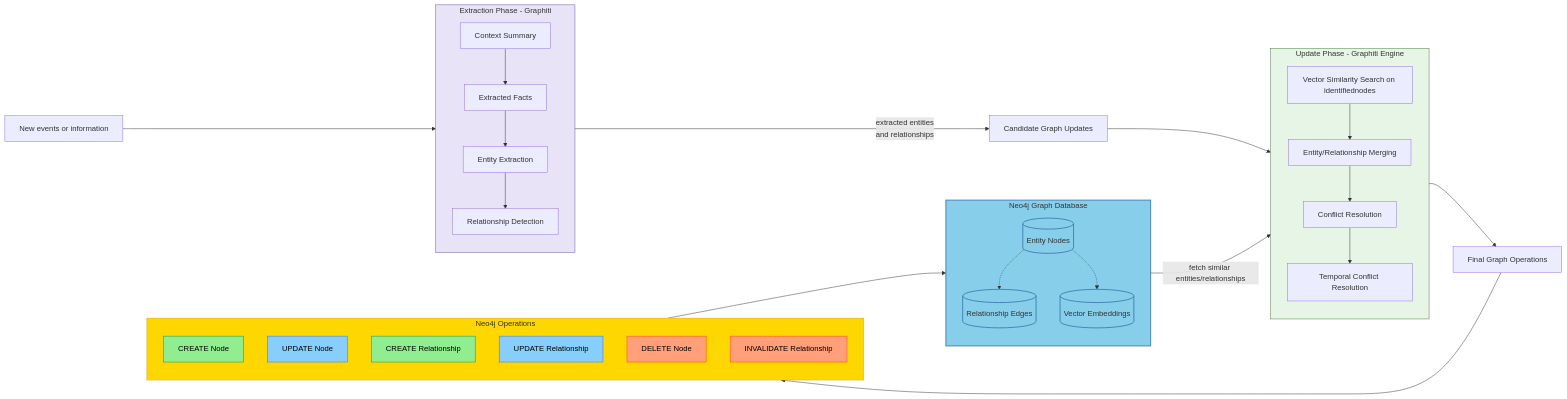
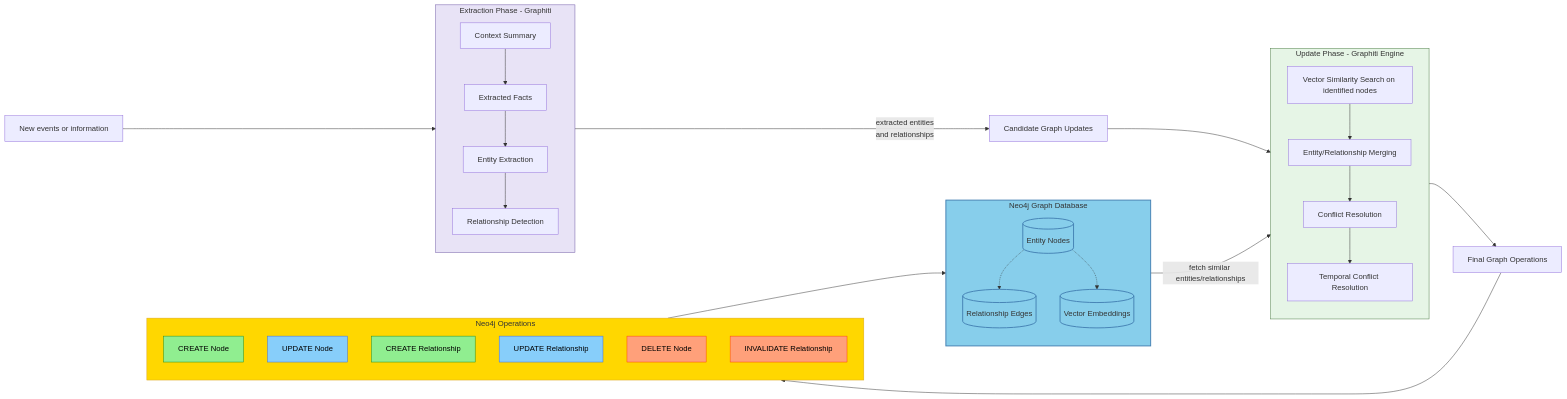
One commit to srwshkrshnn/AgenticMem changed the second of 3 diagrams in video/flowcharts.md. Above: the diagram before and after it, drawn with Mermaid. The commit also changed other lines of this file, not shown here.

Commit message:
Fix typos in flowchart labels and update class definitions for clarity

````diff
--- a/video/flowcharts.md
+++ b/video/flowcharts.md
@@ -68,69 +68,68 @@
 ```mermaid
 flowchart LR
     MSG[New events or information]
 
     MSG --> EP
 
     subgraph EP[Extraction Phase - Graphiti]
         SUM[Context Summary]
         FACTS[Extracted Facts]
         ENT[Entity Extraction]
         REL[Relationship Detection]
         SUM --> FACTS --> ENT --> REL
     end
 
     EP -->|extracted entities<br/>and relationships| CAND[Candidate Graph Updates]
 
     CAND --> UP
 
     subgraph UP[Update Phase - Graphiti Engine]
         direction TB
-        SEARCH[Vector Similarity Search on identifiednodes]
+        SEARCH[Vector Similarity Search on identified nodes]
         MERGE[Entity/Relationship Merging]
         CONFLICT[Conflict Resolution]
         TEMPORAL[Temporal Conflict Resolution]
         SEARCH --> MERGE --> CONFLICT --> TEMPORAL
     end
 
     subgraph NEO4J[Neo4j Graph Database]
         NODES[(Entity Nodes)]
         EDGES[(Relationship Edges)]
         VECTORS[(Vector Embeddings)]
         NODES -.-> EDGES
         NODES -.-> VECTORS
     end
 
     NEO4J -->|fetch similar entities/relationships| SEARCH
     TEMPORAL --> FINAL[Final Graph Operations]
     
     FINAL --> NEO4J_OPS
 
     subgraph NEO4J_OPS[Neo4j Operations]
         CREATE_NODE[CREATE Node]
         UPDATE_NODE[UPDATE Node]
         CREATE_REL[CREATE Relationship]
         UPDATE_REL[UPDATE Relationship]
         DELETE_NODE[DELETE Node]
         INVALIDATE_REL[INVALIDATE Relationship]
     end
 
     NEO4J_OPS --> NEO4J
 
     classDef store fill:#f9e79f,stroke:#c39c0a,stroke-width:1px;
     classDef phase1 fill:#e8e3f6,stroke:#6c55a3,stroke-width:1px;
     classDef phase2 fill:#e6f5e6,stroke:#4a7a42,stroke-width:1px;
     classDef neo4j fill:#87ceeb,stroke:#4682b4,stroke-width:2px;
     classDef operations fill:#ffd700,stroke:#daa520,stroke-width:1px;
-    classDef temporal fill:#dda0dd,stroke:#8b008b,stroke-width:2px;
     classDef createOp fill:#90ee90,stroke:#228b22,color:#000;
     classDef updateOp fill:#87cefa,stroke:#4169e1,color:#000;
     classDef deleteOp fill:#ffa07a,stroke:#ff4500,color:#000;
 
     class NEO4J,NODES,EDGES,VECTORS neo4j;
     class EP phase1;
     class UP phase2;
     class NEO4J_OPS operations;
     class CREATE_NODE,CREATE_REL createOp;
     class UPDATE_NODE,UPDATE_REL updateOp;
     class DELETE_NODE,INVALIDATE_REL deleteOp;
 ```
````
